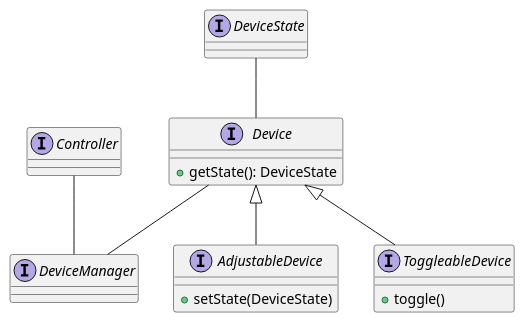
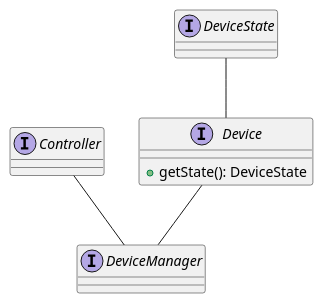
Before and after one commit to progetto-oop-22-23/OOP-report: the diagram in uml/domain.plantuml, drawn with PlantUML. The commit also changed 2 other files, not shown here.

```diff
--- a/uml/domain.plantuml
+++ b/uml/domain.plantuml
@@ -1,23 +1,16 @@
 @startuml domain
 
 ' left to right direction
 
 interface Controller {}
 interface DeviceManager {}
 interface DeviceState {}
 interface Device {
     + getState(): DeviceState
 }
 
-interface AdjustableDevice extends Device {
-    + setState(DeviceState)
-}
-interface ToggleableDevice extends Device {
-    + toggle()
-}
-
 Controller -- DeviceManager
 DeviceState -- Device
 Device -- DeviceManager
 
 @enduml
```
